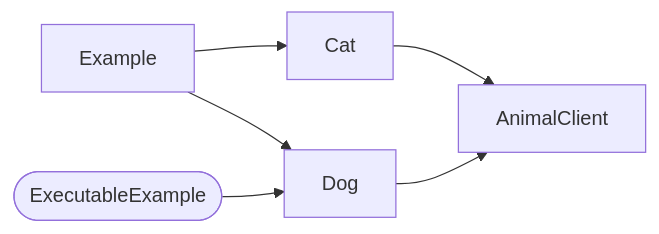
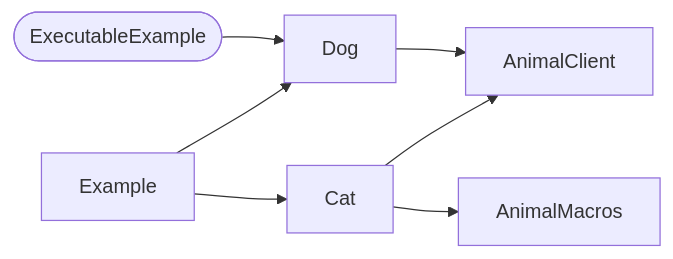
Before and after one commit to daikimat/depermaid: the third of 9 diagrams in README.md, drawn with Mermaid. The commit also changed other lines of this file and 4 other files, not shown here.

````diff
--- a/README.md
+++ b/README.md
@@ -78,9 +80,10 @@
 ```mermaid
 flowchart LR
     AnimalClient
     Cat-->AnimalClient
+    Cat-->AnimalMacros
     Dog-->AnimalClient
     Example-->Cat
     Example-->Dog
     ExecutableExample([ExecutableExample])-->Dog
 ```
````
